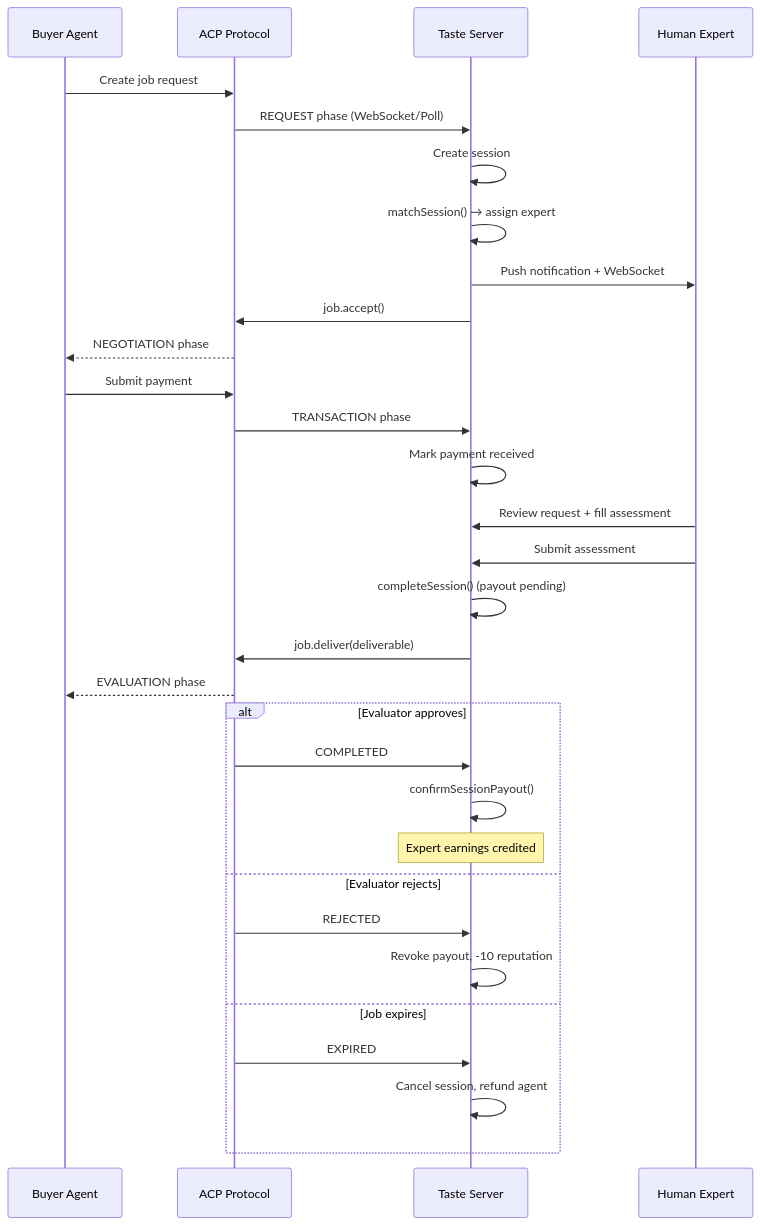
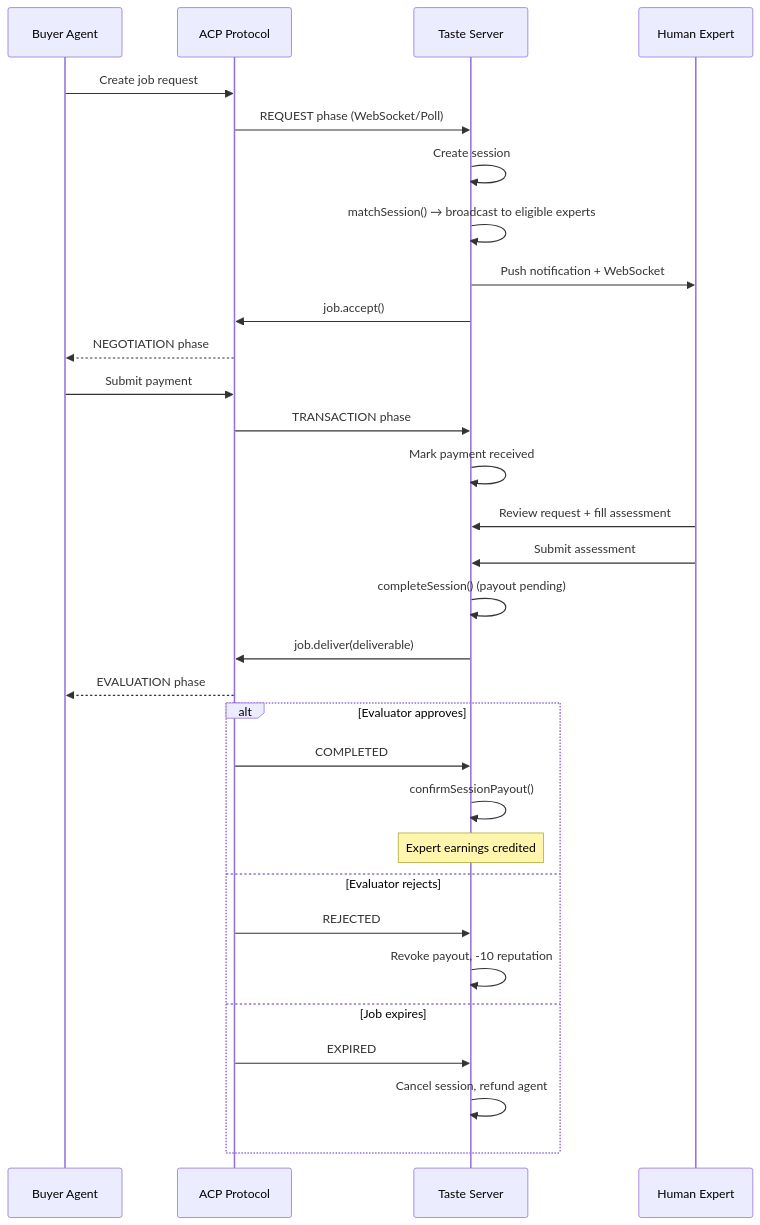
The first of 3 diagrams in docs/cc_use-cases.md (jardstedt/taste), drawn with Mermaid before and after one commit. The commit also changed other lines of this file and 10 other files, not shown here.

First line of the commit message:
Switch expert matching from single-assignment to broadcast model

````diff
--- a/docs/cc_use-cases.md
+++ b/docs/cc_use-cases.md
@@ -310,37 +310,37 @@
 ```mermaid
 sequenceDiagram
     participant Agent as Buyer Agent
     participant ACP as ACP Protocol
     participant Taste as Taste Server
     participant Expert as Human Expert
 
     Agent->>ACP: Create job request
     ACP->>Taste: REQUEST phase (WebSocket/Poll)
     Taste->>Taste: Create session
-    Taste->>Taste: matchSession() → assign expert
+    Taste->>Taste: matchSession() → broadcast to eligible experts
     Taste->>Expert: Push notification + WebSocket
     Taste->>ACP: job.accept()
 
     ACP-->>Agent: NEGOTIATION phase
     Agent->>ACP: Submit payment
     ACP->>Taste: TRANSACTION phase
     Taste->>Taste: Mark payment received
 
     Expert->>Taste: Review request + fill assessment
     Expert->>Taste: Submit assessment
     Taste->>Taste: completeSession() (payout pending)
     Taste->>ACP: job.deliver(deliverable)
     ACP-->>Agent: EVALUATION phase
 
     alt Evaluator approves
         ACP->>Taste: COMPLETED
         Taste->>Taste: confirmSessionPayout()
         Note over Taste: Expert earnings credited
     else Evaluator rejects
         ACP->>Taste: REJECTED
         Taste->>Taste: Revoke payout, -10 reputation
     else Job expires
         ACP->>Taste: EXPIRED
         Taste->>Taste: Cancel session, refund agent
     end
 ```
````
